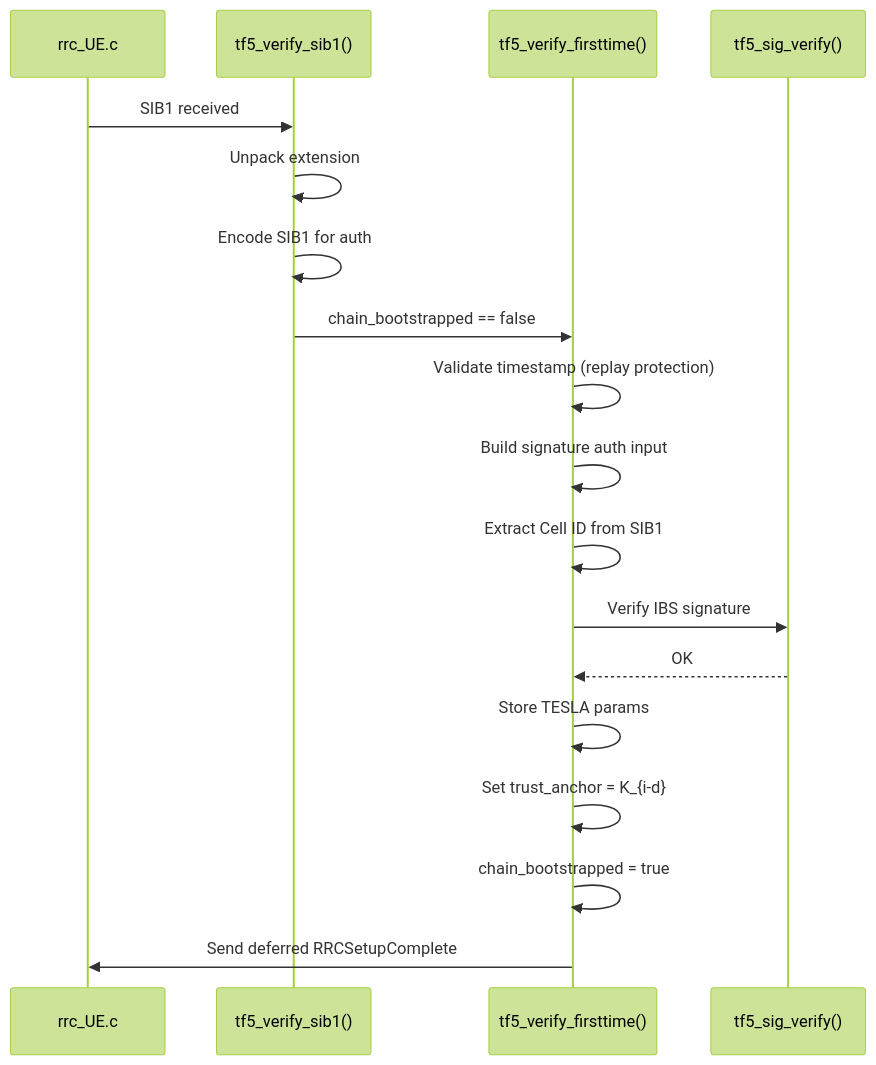
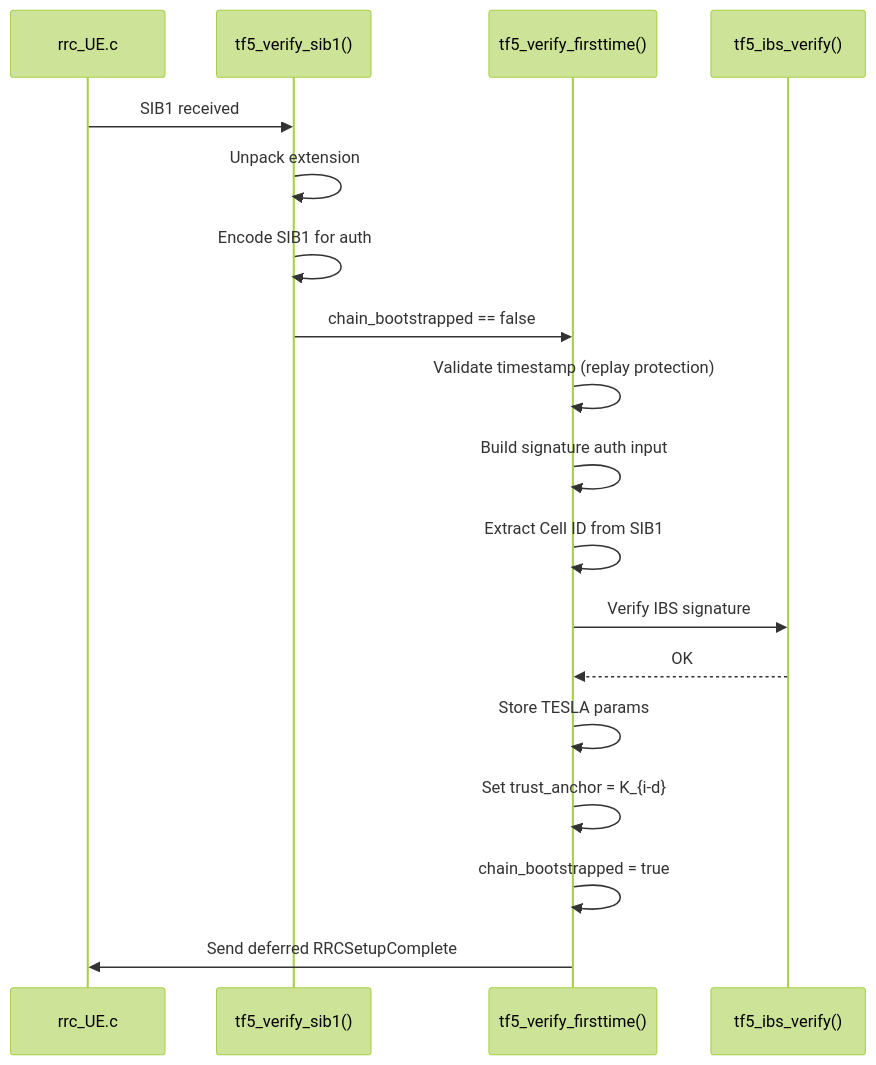
One commit to ssubinsong/oai-tf5 changed the second of 3 diagrams in doc-tf5/ue-implementation.md. Above: the diagram before and after it, drawn with Mermaid (forest theme). The commit also changed other lines of this file and 9 other files, not shown here.

````diff
--- a/doc-tf5/ue-implementation.md
+++ b/doc-tf5/ue-implementation.md
@@ -243,23 +243,23 @@
 ```mermaid
 sequenceDiagram
     participant RRC as rrc_UE.c
     participant Verify as tf5_verify_sib1()
     participant First as tf5_verify_firsttime()
-    participant Sig as tf5_sig_verify()
+    participant Sig as tf5_ibs_verify()
 
     RRC->>Verify: SIB1 received
     Verify->>Verify: Unpack extension
     Verify->>Verify: Encode SIB1 for auth
     Verify->>First: chain_bootstrapped == false
 
     First->>First: Validate timestamp (replay protection)
     First->>First: Build signature auth input
     First->>First: Extract Cell ID from SIB1
     First->>Sig: Verify IBS signature
     Sig-->>First: OK
 
     First->>First: Store TESLA params
     First->>First: Set trust_anchor = K_{i-d}
     First->>First: chain_bootstrapped = true
     First->>RRC: Send deferred RRCSetupComplete
 ```
````
